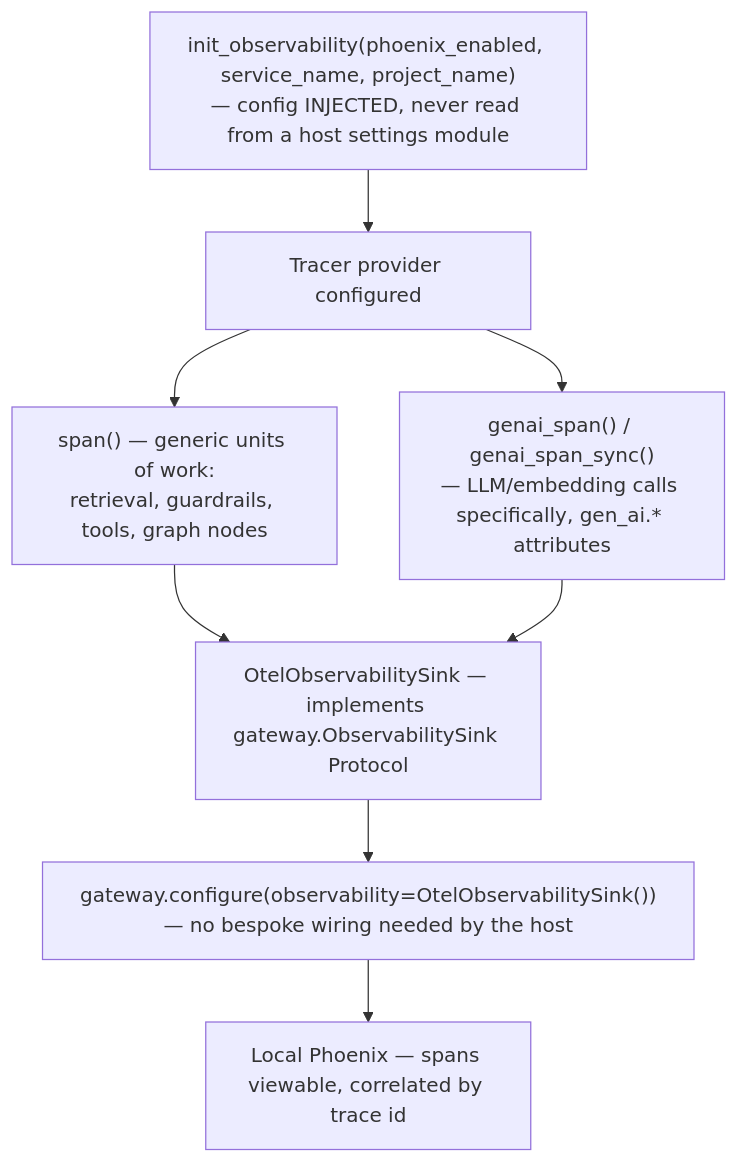
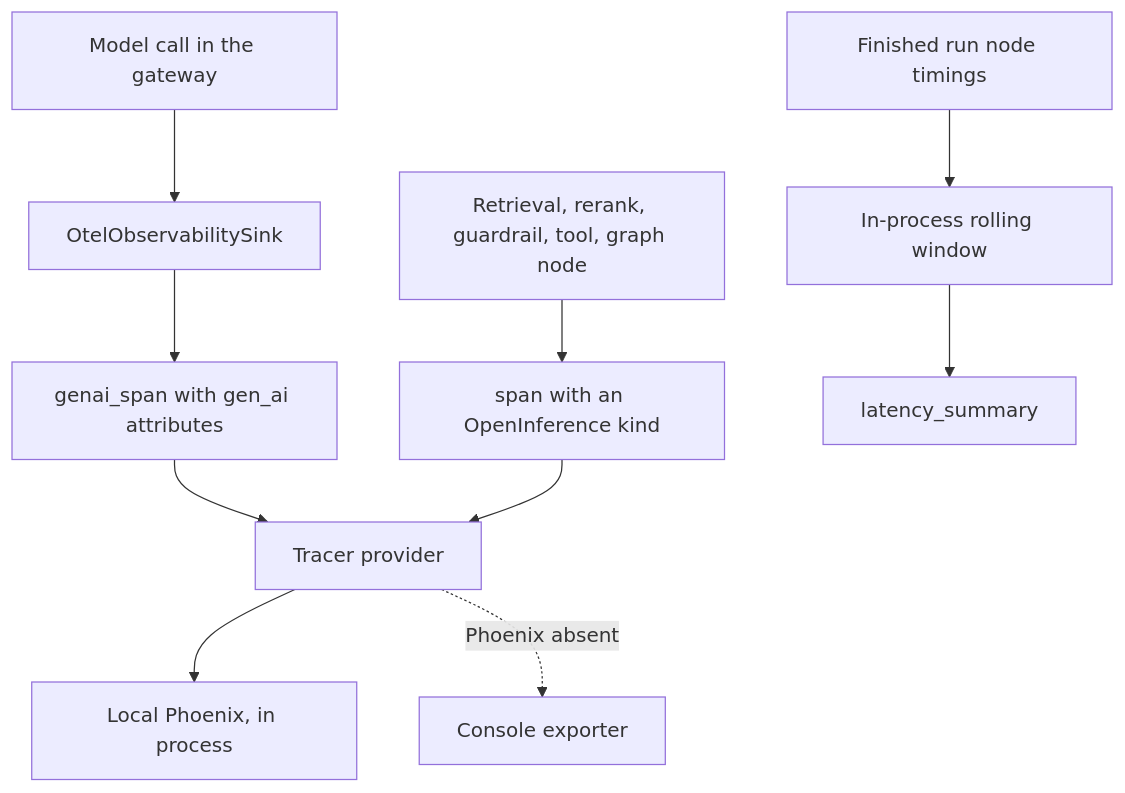
One commit to yrevash/aegis changed the diagram in docs/teaching/observability.md. Above: the diagram before and after it, drawn with Mermaid. The commit also changed other lines of this file and 29 other files, not shown here.

````diff
--- a/docs/teaching/observability.md
+++ b/docs/teaching/observability.md
@@ -25,10 +21,12 @@
 ```mermaid
 flowchart TD
-    A["init_observability(phoenix_enabled, service_name, project_name)<br/>— config INJECTED, never read from a host settings module"] --> B[Tracer provider configured]
-    B --> C["span() — generic units of work:<br/>retrieval, guardrails, tools, graph nodes"]
-    B --> D["genai_span() / genai_span_sync()<br/>— LLM/embedding calls specifically, gen_ai.* attributes"]
-    C --> E["OtelObservabilitySink — implements gateway.ObservabilitySink Protocol"]
-    D --> E
-    E --> F["gateway.configure(observability=OtelObservabilitySink())<br/>— no bespoke wiring needed by the host"]
-    F --> G[Local Phoenix — spans viewable, correlated by trace id]
+    A[Model call in the gateway] --> B[OtelObservabilitySink]
+    B --> C[genai_span with gen_ai attributes]
+    D[Retrieval, rerank, guardrail, tool, graph node] --> E[span with an OpenInference kind]
+    C --> F[Tracer provider]
+    E --> F
+    F --> G[Local Phoenix, in process]
+    F -.->|Phoenix absent| H[Console exporter]
+    I[Finished run node timings] --> J[In-process rolling window]
+    J --> K[latency_summary]
 ```
````
